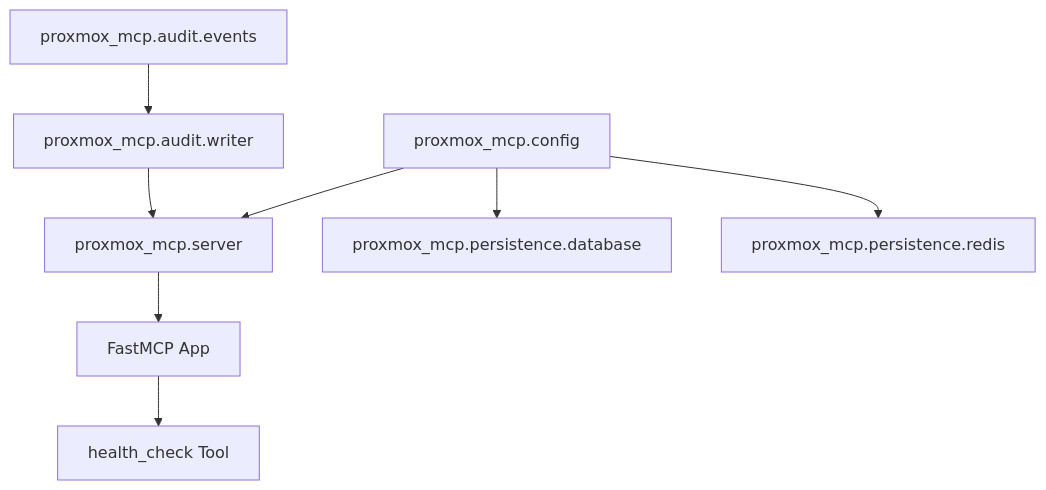
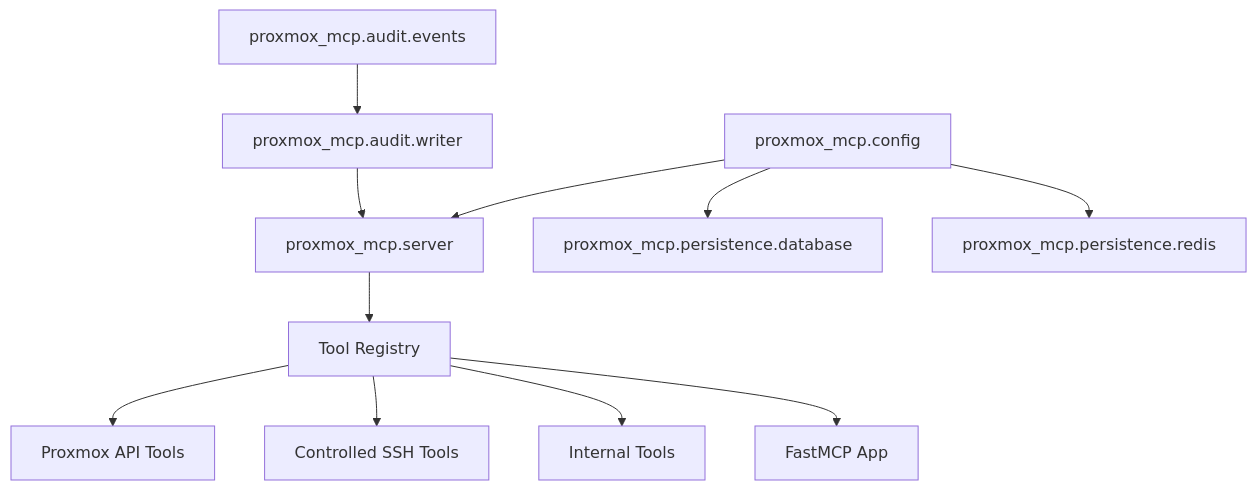
Before and after one commit to 0x696E7175696C696E65/Proxmox-MCP: the fourth of 5 diagrams in README.md, drawn with Mermaid. The commit also changed other lines of this file, not shown here.

````diff
--- a/README.md
+++ b/README.md
@@ -140,10 +160,13 @@
 ```mermaid
 flowchart TD
   settings["proxmox_mcp.config"] --> server["proxmox_mcp.server"]
   auditEvents["proxmox_mcp.audit.events"] --> auditWriter["proxmox_mcp.audit.writer"]
   auditWriter --> server
   settings --> database["proxmox_mcp.persistence.database"]
   settings --> redisClient["proxmox_mcp.persistence.redis"]
-  server --> fastmcp["FastMCP App"]
-  fastmcp --> healthTool["health_check Tool"]
+  server --> registry["Tool Registry"]
+  registry --> proxmoxTools["Proxmox API Tools"]
+  registry --> sshTools["Controlled SSH Tools"]
+  registry --> internalTools["Internal Tools"]
+  registry --> fastmcp["FastMCP App"]
 ```
````
